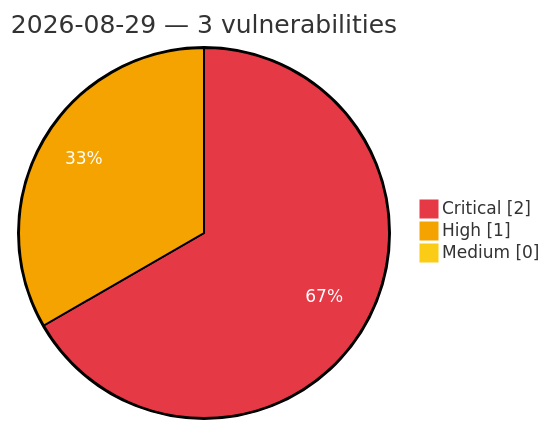
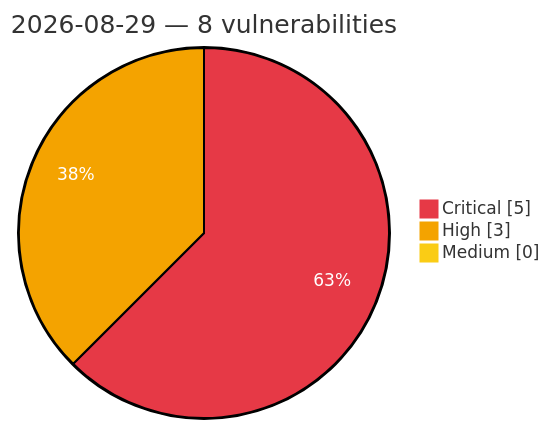
Before and after one commit to GhostX0X/vuln-tracker: the diagram in vulnerabilities/2026/August/2026-08-29.md, drawn with Mermaid. The commit also changed other lines of this file and 5 other files, not shown here.

Commit message:
Auto update: critical/high vulns (2026-08-29 17:49 UTC)

````diff
--- a/vulnerabilities/2026/August/2026-08-29.md
+++ b/vulnerabilities/2026/August/2026-08-29.md
@@ -3,8 +3,8 @@
 ```mermaid
 %%{init: {'theme':'base', 'themeVariables': {'pie1':'#e63946', 'pie2':'#f4a300', 'pie3':'#facc15', 'pieOpacity':'1', 'pieOuterStrokeWidth':'2px', 'pieSectionTextColor':'#ffffff'}}}%%
 pie showData
-    title 2026-08-29 — 3 vulnerabilities
-    "Critical" : 2
-    "High" : 1
+    title 2026-08-29 — 8 vulnerabilities
+    "Critical" : 5
+    "High" : 3
     "Medium" : 0
 ```
````
